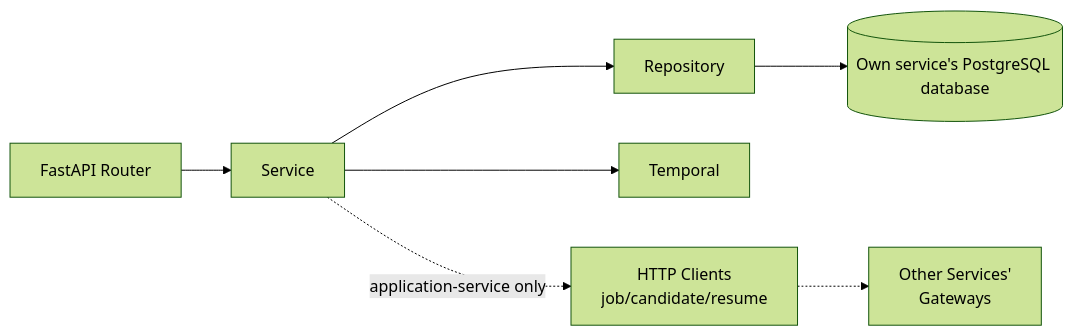
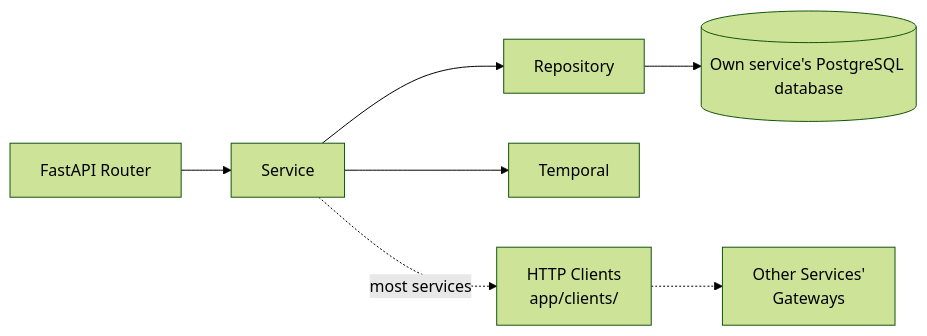
Before and after one commit to afnan-emumba/smart-hire: the first of 8 diagrams in docs/SERVICES.md, drawn with Mermaid (forest theme). The commit also changed other lines of this file and 44 other files, not shown here.

````diff
--- a/docs/SERVICES.md
+++ b/docs/SERVICES.md
@@ -9,17 +9,17 @@
 ```mermaid
 flowchart LR
     router[FastAPI Router]
     service[Service]
     repo[Repository]
     db[(Own service's PostgreSQL database)]
     workflow[Temporal]
-    httpclients[HTTP Clients<br/>job/candidate/resume]
+    httpclients[HTTP Clients<br/>app/clients/]
     otherservices[Other Services'<br/>Gateways]
 
     router --> service
     service --> repo
     repo --> db
     service --> workflow
-    service -.application-service only.-> httpclients
+    service -.most services.-> httpclients
     httpclients -.-> otherservices
 ```
````
